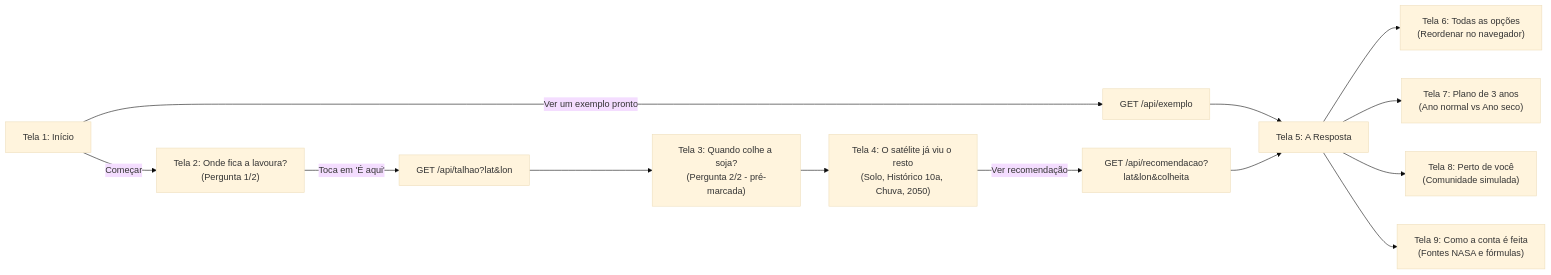
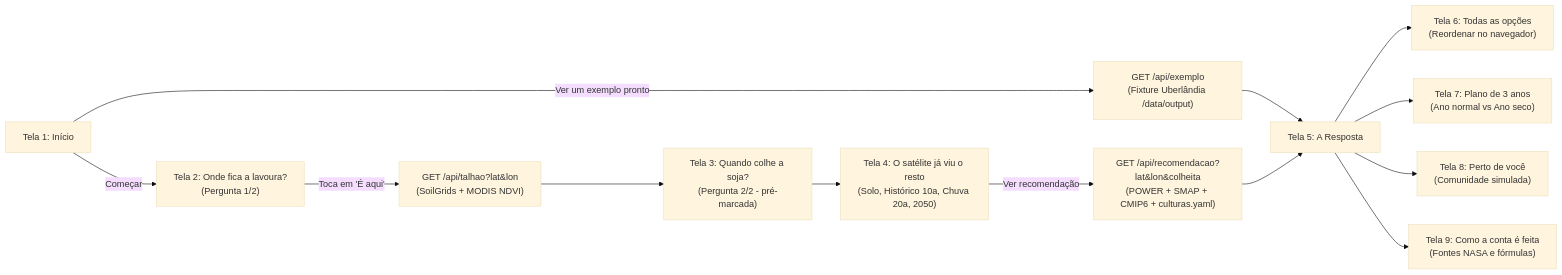
The diagram in projeto/backend/docs/historias-de-usuario.md (Ricardo07g/nasa-challenge), drawn with Mermaid (base theme) before and after one commit. The commit also changed other lines of this file and 2 other files, not shown here.

````diff
--- a/projeto/backend/docs/historias-de-usuario.md
+++ b/projeto/backend/docs/historias-de-usuario.md
@@ -26,15 +41,15 @@
 ```mermaid
 flowchart LR
     T1["Tela 1: Início"] -->|"Começar"| T2["Tela 2: Onde fica a lavoura?<br/>(Pergunta 1/2)"]
-    T1 -->|"Ver um exemplo pronto"| EX["GET /api/exemplo"]
+    T1 -->|"Ver um exemplo pronto"| EX["GET /api/exemplo<br/>(Fixture Uberlândia /data/output)"]
     EX --> T5["Tela 5: A Resposta"]
-    T2 -->|"Toca em 'É aqui'"| API_TALHAO["GET /api/talhao?lat&lon"]
+    T2 -->|"Toca em 'É aqui'"| API_TALHAO["GET /api/talhao?lat&lon<br/>(SoilGrids + MODIS NDVI)"]
     API_TALHAO --> T3["Tela 3: Quando colhe a soja?<br/>(Pergunta 2/2 - pré-marcada)"]
-    T3 --> T4["Tela 4: O satélite já viu o resto<br/>(Solo, Histórico 10a, Chuva, 2050)"]
-    T4 -->|"Ver recomendação"| API_REC["GET /api/recomendacao?lat&lon&colheita"]
+    T3 --> T4["Tela 4: O satélite já viu o resto<br/>(Solo, Histórico 10a, Chuva 20a, 2050)"]
+    T4 -->|"Ver recomendação"| API_REC["GET /api/recomendacao?lat&lon&colheita<br/>(POWER + SMAP + CMIP6 + culturas.yaml)"]
     API_REC --> T5
     T5 --> T6["Tela 6: Todas as opções<br/>(Reordenar no navegador)"]
     T5 --> T7["Tela 7: Plano de 3 anos<br/>(Ano normal vs Ano seco)"]
     T5 --> T8["Tela 8: Perto de você<br/>(Comunidade simulada)"]
     T5 --> T9["Tela 9: Como a conta é feita<br/>(Fontes NASA e fórmulas)"]
 ```
````
